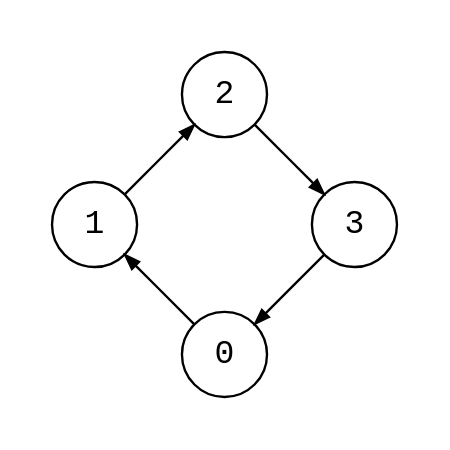
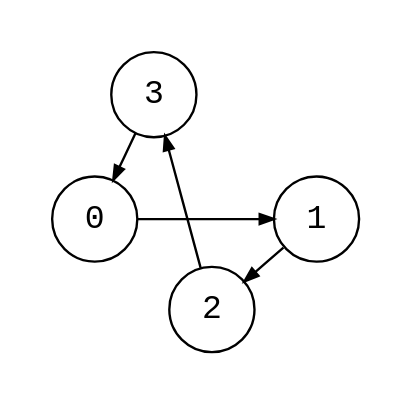
Before and after one commit to bsdrks/graaf-images: the diagram in src/circuit_4.dot, drawn with Graphviz. The commit also changed 19 other files, not shown here.

```diff
--- a/src/circuit_4.dot
+++ b/src/circuit_4.dot
@@ -1,9 +1,10 @@
 digraph {
     node [shape=circle, fontname="monospace"; fixedsize=true, width="0.5"];
     edge [arrowsize=0.6];
-    layout=circo;
-    scale=0.8;
+    layout=neato;
+    mode="sgd";
+    normalize=true;
     pad=0.2;
 
     0 -> 1 -> 2 -> 3 -> 0;
 }
```
